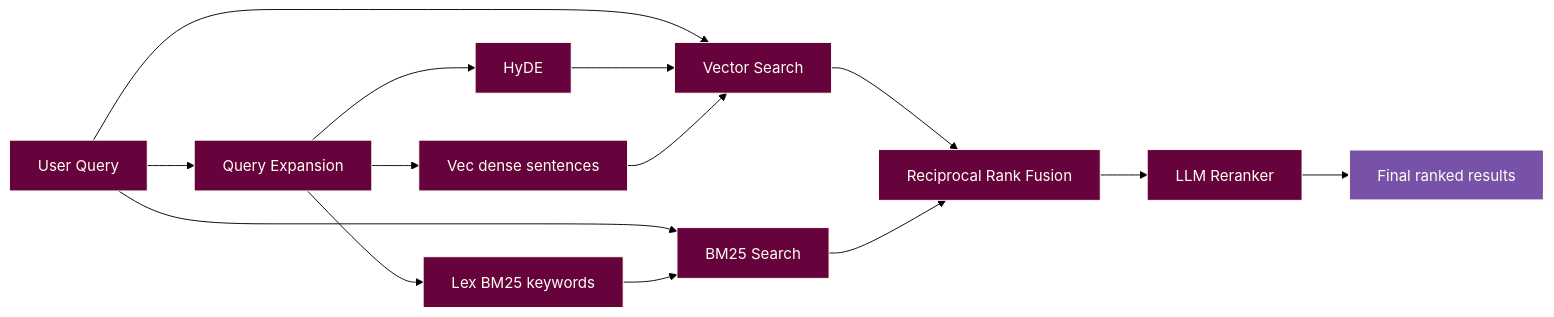
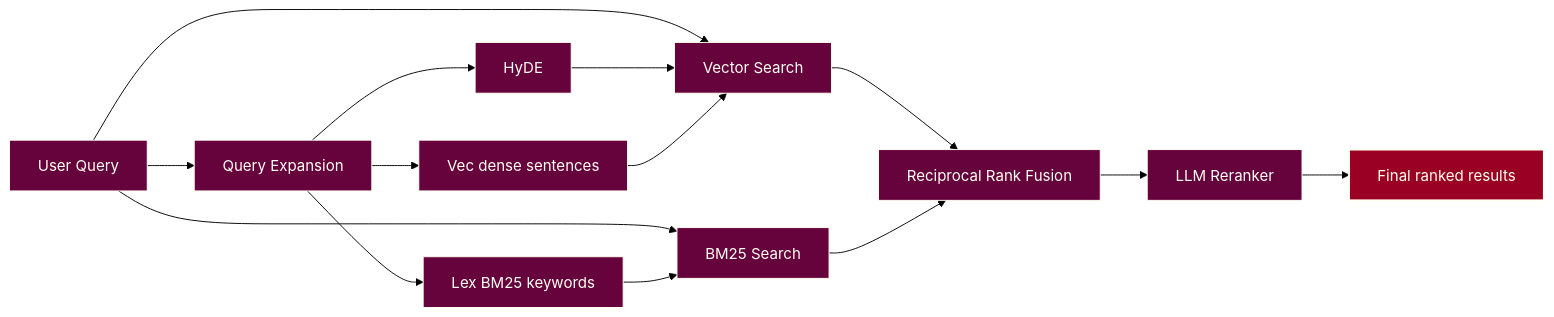
One commit to ryanduguid/qmd changed the diagram in README.md. Above: the diagram before and after it, drawn with Mermaid.

Commit message:
docs: match Mermaid accents to website palette

````diff
--- a/README.md
+++ b/README.md
@@ -7,18 +7,18 @@
 ```mermaid
 flowchart LR
 %%{init: {"theme": "base", "look": "classic", "themeVariables": {"background": "#000000", "primaryColor": "#66023C", "primaryTextColor": "#FFFFF0", "primaryBorderColor": "#FFFFF0", "lineColor": "#000000", "textColor": "#FFFFF0", "edgeLabelBackground": "#000000", "clusterBkg": "#000000", "clusterBorder": "#FFFFF0", "titleColor": "#FFFFF0"}, "themeCSS": ".flowchart-link, .relationshipLine, marker path { filter: drop-shadow(0px 1px 0px #FFFFF0) drop-shadow(0px -1px 0px #FFFFF0) drop-shadow(1px 0px 0px #FFFFF0) drop-shadow(-1px 0px 0px #FFFFF0); }"}}%%
   Q[User Query] --> X[Query Expansion]
   Q --> FTS[BM25 Search]
   Q --> VS[Vector Search]
   X --> HYDE[HyDE]
   X --> VEC[Vec dense sentences]
   X --> LEX[Lex BM25 keywords]
   HYDE --> VS
   VEC --> VS
   LEX --> FTS
   VS --> RRF[Reciprocal Rank Fusion]
   FTS --> RRF
   RRF --> RR[LLM Reranker]
   RR --> OUT[Final ranked results]
-    style OUT fill:#7851A9,stroke:#FFFFF0,stroke-width:2px,color:#FFFFF0
+    style OUT fill:#990024,stroke:#FFFFF0,stroke-width:2px,color:#FFFFF0
 ```
````
